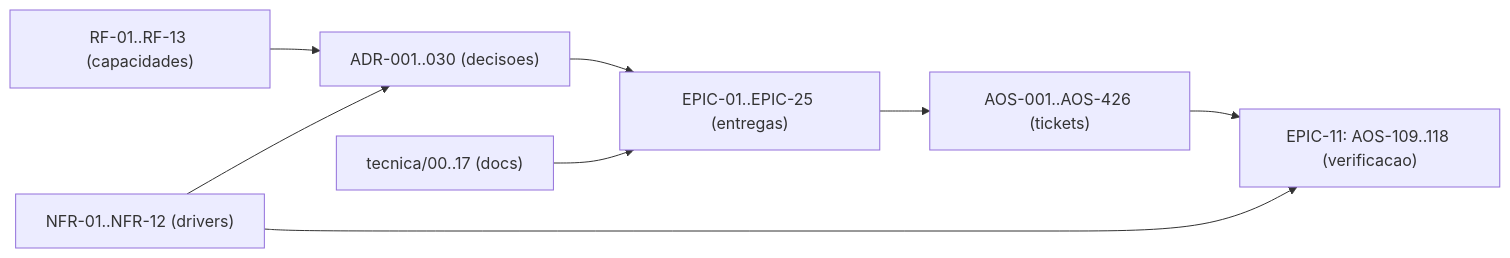
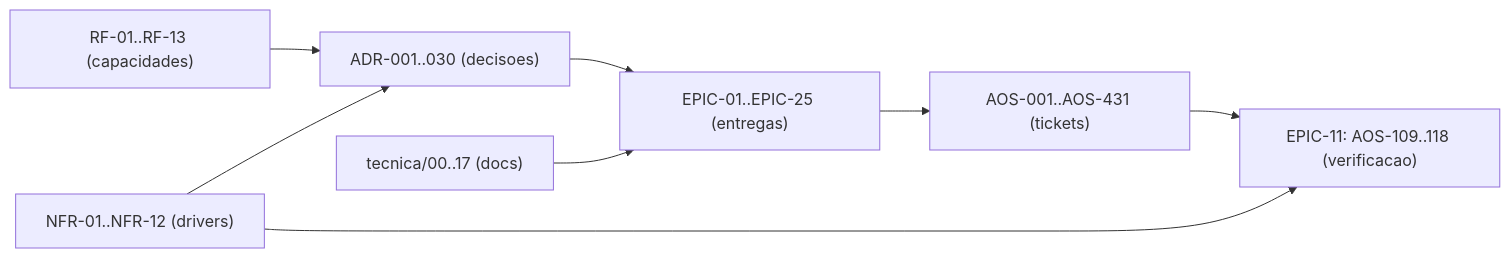
The diagram in tecnica/16_Rastreabilidade_RTM.md (albinoJimy/aos), drawn with Mermaid before and after one commit. The commit also changed other lines of this file and 1 other file, not shown here.

First line of the commit message:
docs(AOS-427..431): a cunhagem do NHI ganha ticket, e a discovery trouxe quatro que não estavam (#368)

````diff
--- a/tecnica/16_Rastreabilidade_RTM.md
+++ b/tecnica/16_Rastreabilidade_RTM.md
@@ -190,10 +190,10 @@
 ```mermaid
 flowchart LR
     RF["RF-01..RF-13 (capacidades)"] --> ADR["ADR-001..030 (decisoes)"]
     NFR["NFR-01..NFR-12 (drivers)"] --> ADR
     ADR --> EPIC["EPIC-01..EPIC-25 (entregas)"]
-    EPIC --> TICK["AOS-001..AOS-426 (tickets)"]
+    EPIC --> TICK["AOS-001..AOS-431 (tickets)"]
     DOC["tecnica/00..17 (docs)"] --> EPIC
     TICK --> TEST["EPIC-11: AOS-109..118 (verificacao)"]
     NFR --> TEST
 ```
````
